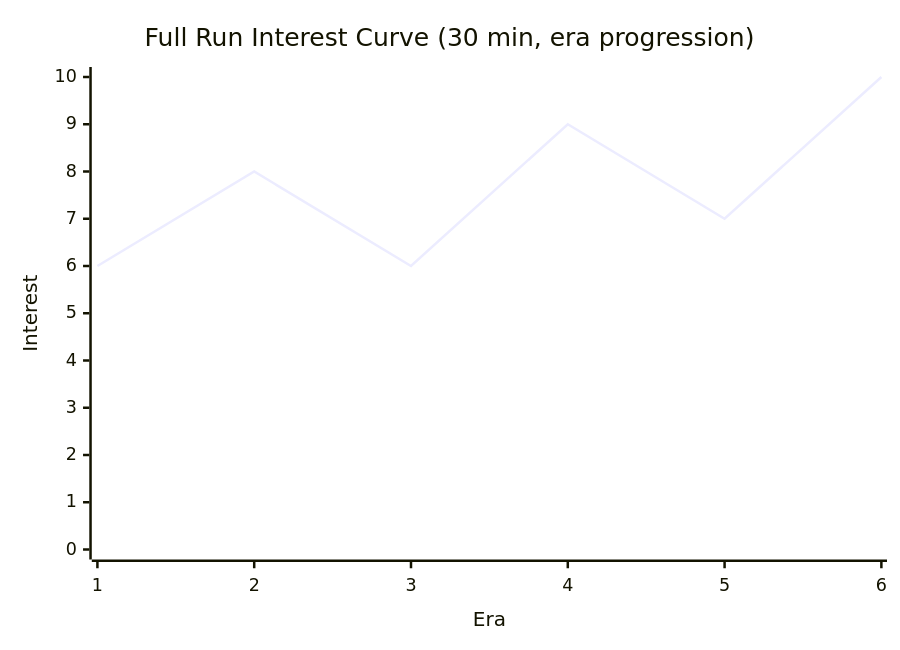
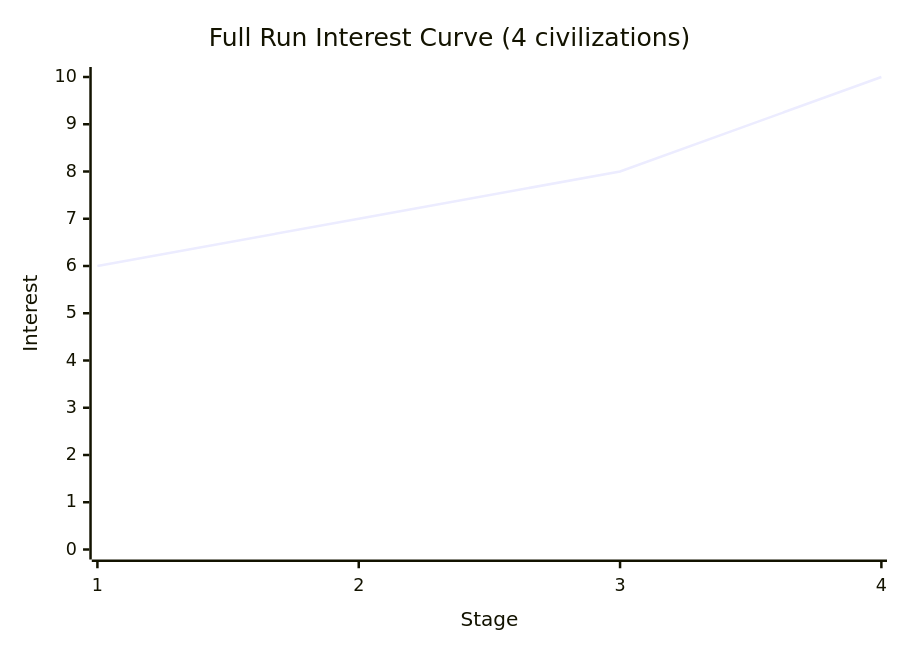
The second of 2 diagrams in docs/gdd/dragon-tide.md (shuuter-web/game-studio), drawn with Mermaid before and after one commit. The commit also changed other lines of this file, not shown here.

````diff
--- a/docs/gdd/dragon-tide.md
+++ b/docs/gdd/dragon-tide.md
@@ -284,7 +207,7 @@
 ```mermaid
 xychart-beta
-    title "Full Run Interest Curve (30 min, era progression)"
-    x-axis "Era" [1, 2, 3, 4, 5, 6]
+    title "Full Run Interest Curve (4 civilizations)"
+    x-axis "Stage" [1, 2, 3, 4]
     y-axis "Interest" 0 --> 10
-    line [6, 8, 6, 9, 7, 10]
+    line [6, 7, 8, 10]
 ```
````
